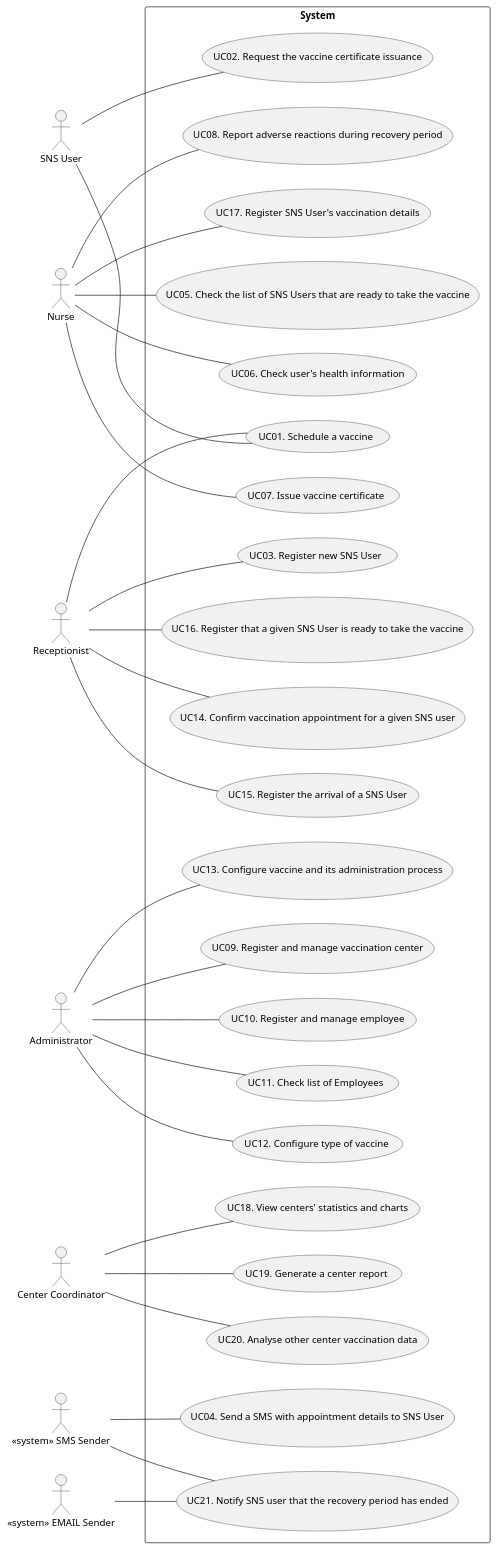
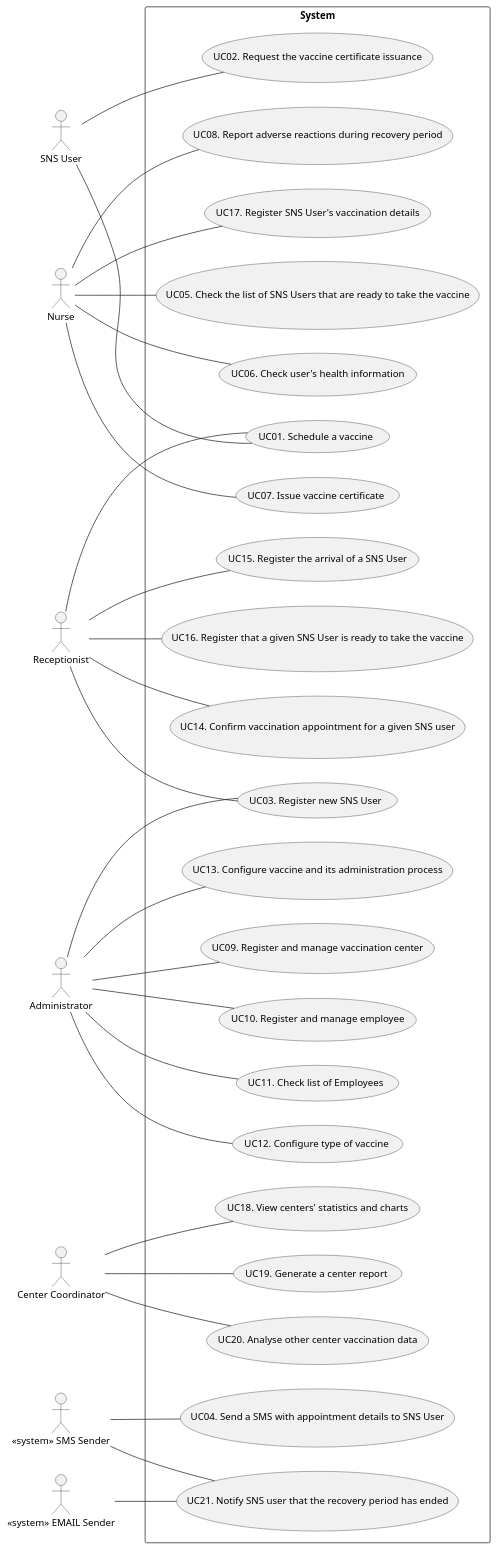
The diagram in docs/SprintA/UCD.puml (miseEnPlace-i/lapr2), drawn with PlantUML before and after one commit. The commit also changed 1 other file, not shown here.

Commit message:
docs(ucd): add admin to UC03 and new diagram

```diff
--- a/docs/SprintA/UCD.puml
+++ b/docs/SprintA/UCD.puml
@@ -1,61 +1,62 @@
 @startuml UCD
 
 left to right direction
 
 actor "SNS User" as user
 actor "Nurse" as nurse
 actor "Receptionist" as recept
 actor "Administrator" as admin
 actor "Center Coordinator" as coordinator
 actor "<< system >> SMS Sender" as dgs
 actor "<< system >> EMAIL Sender" as dgsEmail
 
 rectangle System {
   usecase "UC01. Schedule a vaccine" as UC01
   usecase "UC02. Request the vaccine certificate issuance" as UC02
   usecase "UC03. Register new SNS User" as UC20
   usecase "UC04. Send a SMS with appointment details to SNS User" as UC03
   usecase "UC05. Check the list of SNS Users that are ready to take the vaccine" as UC05
   usecase "UC06. Check user's health information" as UC06
   usecase "UC07. Issue vaccine certificate" as UC07
   usecase "UC08. Report adverse reactions during recovery period" as UC08
   usecase "UC09. Register and manage vaccination center" as UC18
   usecase "UC10. Register and manage employee" as UC19
   usecase "UC11. Check list of Employees" as UC22
   usecase "UC12. Configure type of vaccine" as UC16
   usecase "UC13. Configure vaccine and its administration process" as UC17
   usecase "UC14. Confirm vaccination appointment for a given SNS user" as UC11
   usecase "UC15. Register the arrival of a SNS User" as UC10
   usecase "UC16. Register that a given SNS User is ready to take the vaccine" as UC12
   usecase "UC17. Register SNS User's vaccination details" as UC09
   usecase "UC18. View centers' statistics and charts" as UC13
   usecase "UC19. Generate a center report" as UC14
   usecase "UC20. Analyse other center vaccination data" as UC15
   usecase "UC21. Notify SNS user that the recovery period has ended" as UC21
 }
 
 user -- UC01
 user -- UC02
 dgs -- UC03
 recept -- UC01
 recept -- UC20
 nurse -- UC05
 nurse -- UC06
 nurse -- UC07
 nurse -- UC08
 nurse -- UC09
 recept -- UC10
 recept -- UC11
 recept -- UC12
 coordinator -- UC13
 coordinator -- UC14
 coordinator -- UC15
 admin -- UC16
 admin -- UC17
 admin -- UC18
 admin -- UC19
 admin -- UC22
+admin -- UC20
 dgs -- UC21
 dgsEmail -- UC21
 
 @enduml
```
